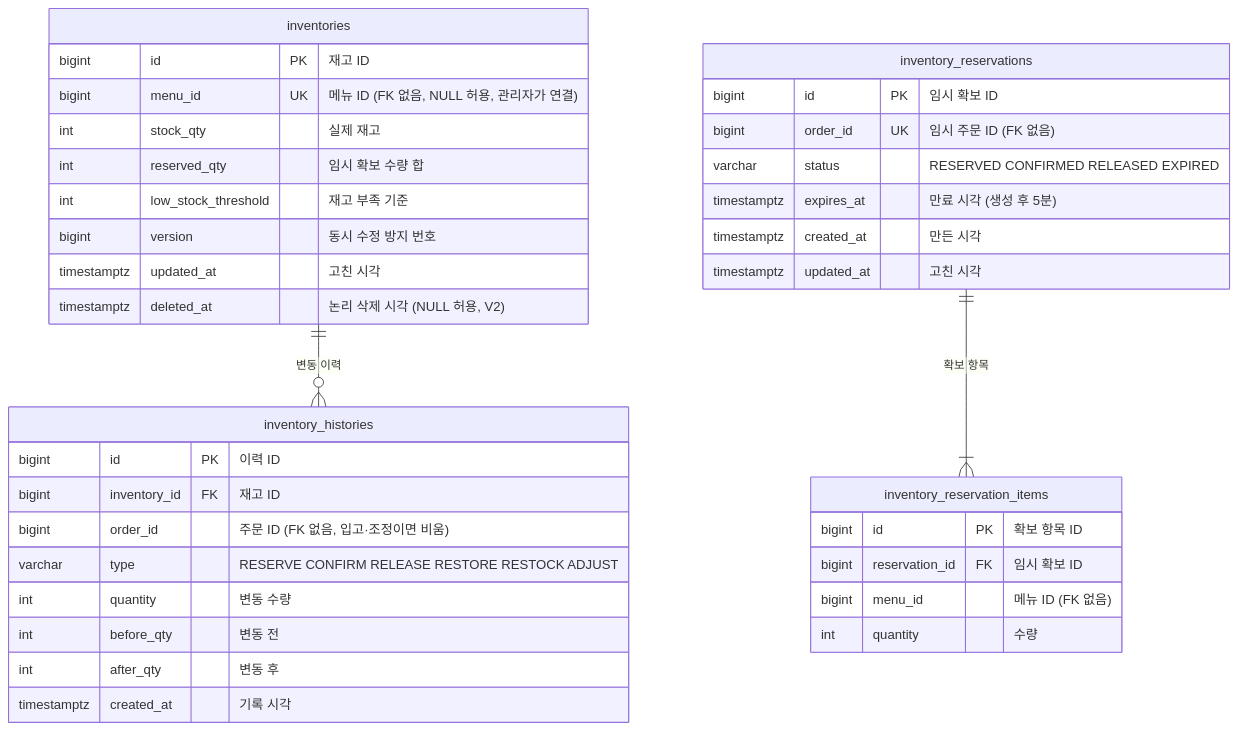
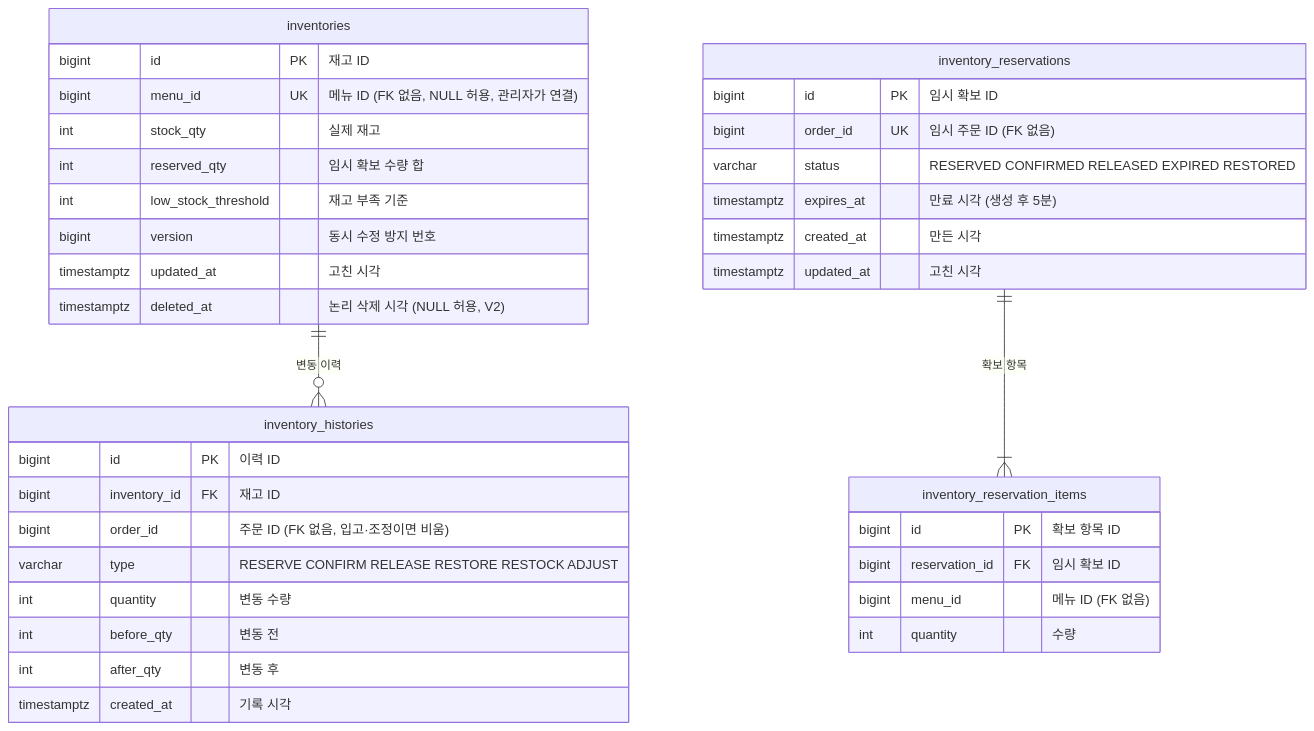
One commit to ktcloud-cloudnative-2026/team02-5xx changed the seventh of 9 diagrams in docs/erd/notion-draft.md. Above: the diagram before and after it, drawn with Mermaid.

Commit message:
docs: correct verified contract and historical status (#193)

````diff
--- a/docs/erd/notion-draft.md
+++ b/docs/erd/notion-draft.md
@@ -361,43 +361,43 @@
 ```mermaid
 erDiagram
     inventories ||--o{ inventory_histories : "변동 이력"
     inventory_reservations ||--|{ inventory_reservation_items : "확보 항목"
 
     inventories {
         bigint id PK "재고 ID"
         bigint menu_id UK "메뉴 ID (FK 없음, NULL 허용, 관리자가 연결)"
         int stock_qty "실제 재고"
         int reserved_qty "임시 확보 수량 합"
         int low_stock_threshold "재고 부족 기준"
         bigint version "동시 수정 방지 번호"
         timestamptz updated_at "고친 시각"
         timestamptz deleted_at "논리 삭제 시각 (NULL 허용, V2)"
     }
 
     inventory_reservations {
         bigint id PK "임시 확보 ID"
         bigint order_id UK "임시 주문 ID (FK 없음)"
-        varchar status "RESERVED CONFIRMED RELEASED EXPIRED"
+        varchar status "RESERVED CONFIRMED RELEASED EXPIRED RESTORED"
         timestamptz expires_at "만료 시각 (생성 후 5분)"
         timestamptz created_at "만든 시각"
         timestamptz updated_at "고친 시각"
     }
 
     inventory_reservation_items {
         bigint id PK "확보 항목 ID"
         bigint reservation_id FK "임시 확보 ID"
         bigint menu_id "메뉴 ID (FK 없음)"
         int quantity "수량"
     }
 
     inventory_histories {
         bigint id PK "이력 ID"
         bigint inventory_id FK "재고 ID"
         bigint order_id "주문 ID (FK 없음, 입고·조정이면 비움)"
         varchar type "RESERVE CONFIRM RELEASE RESTORE RESTOCK ADJUST"
         int quantity "변동 수량"
         int before_qty "변동 전"
         int after_qty "변동 후"
         timestamptz created_at "기록 시각"
     }
 ```
````
